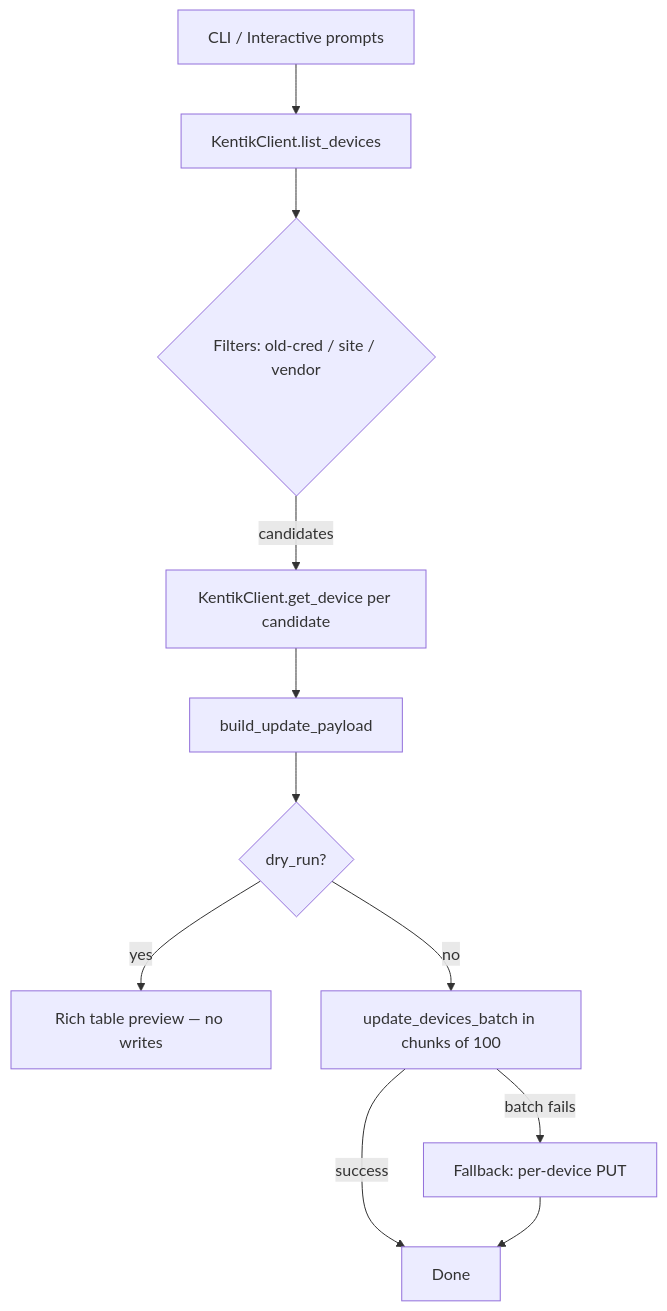
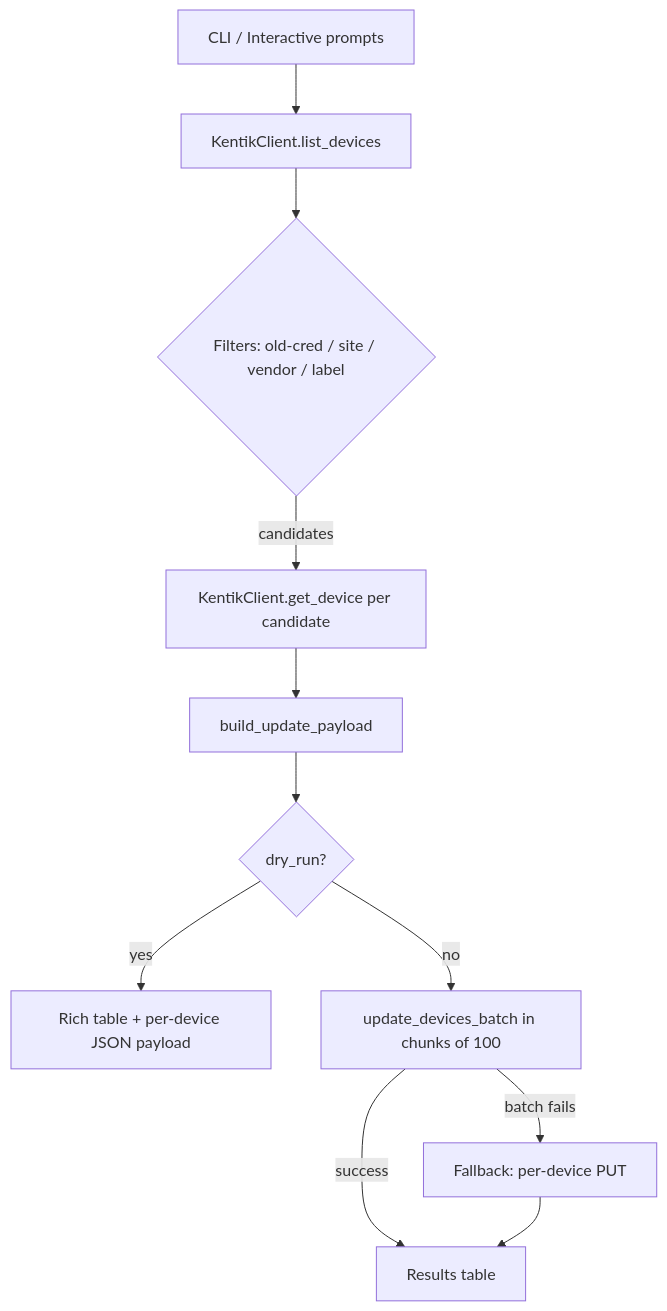
Before and after one commit to alexdearaujo/kentik-device-update: the diagram in README.md, drawn with Mermaid. The commit also changed other lines of this file and 6 other files, not shown here.

````diff
--- a/README.md
+++ b/README.md
@@ -12,13 +12,13 @@
 ```mermaid
 flowchart TD
   A[CLI / Interactive prompts] --> B[KentikClient.list_devices]
-  B --> C{Filters: old-cred / site / vendor}
+  B --> C{Filters: old-cred / site / vendor / label}
   C -->|candidates| D[KentikClient.get_device per candidate]
   D --> E[build_update_payload]
   E --> F{dry_run?}
-  F -->|yes| G[Rich table preview — no writes]
+  F -->|yes| G[Rich table + per-device JSON payload]
   F -->|no| H[update_devices_batch in chunks of 100]
   H -->|batch fails| I[Fallback: per-device PUT]
-  H -->|success| J[Done]
+  H -->|success| J[Results table]
   I --> J
 ```
````
